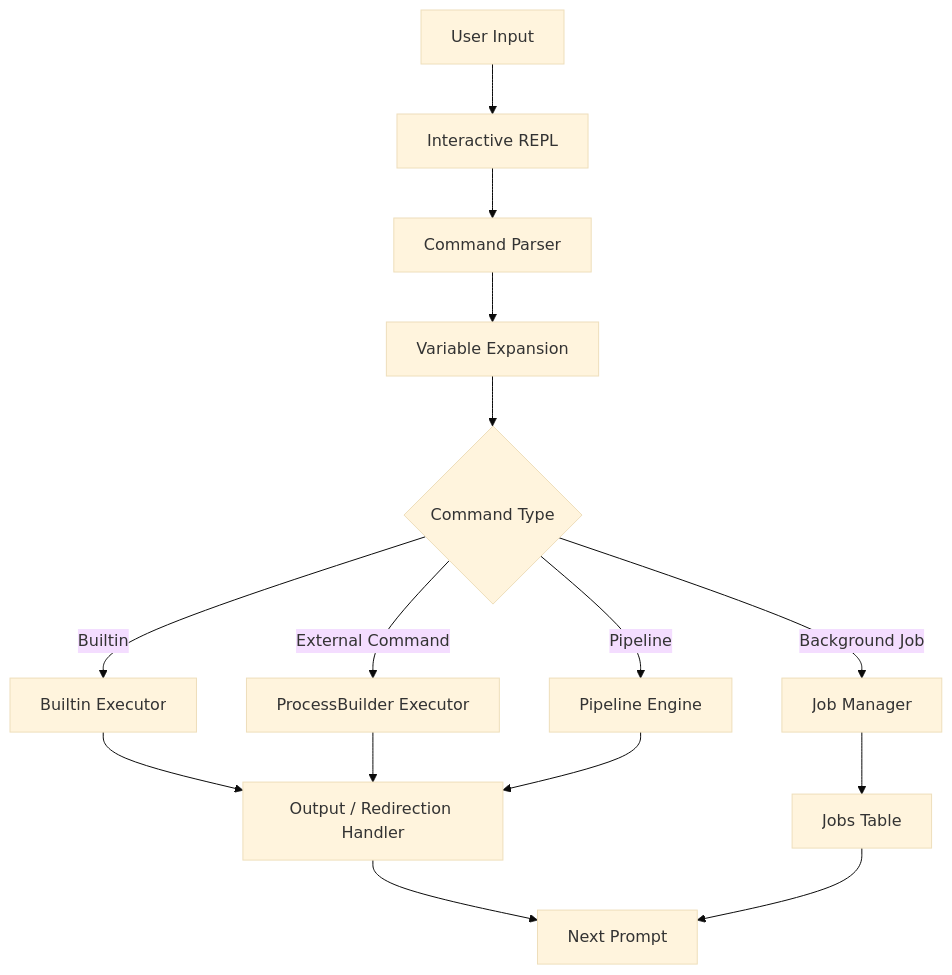
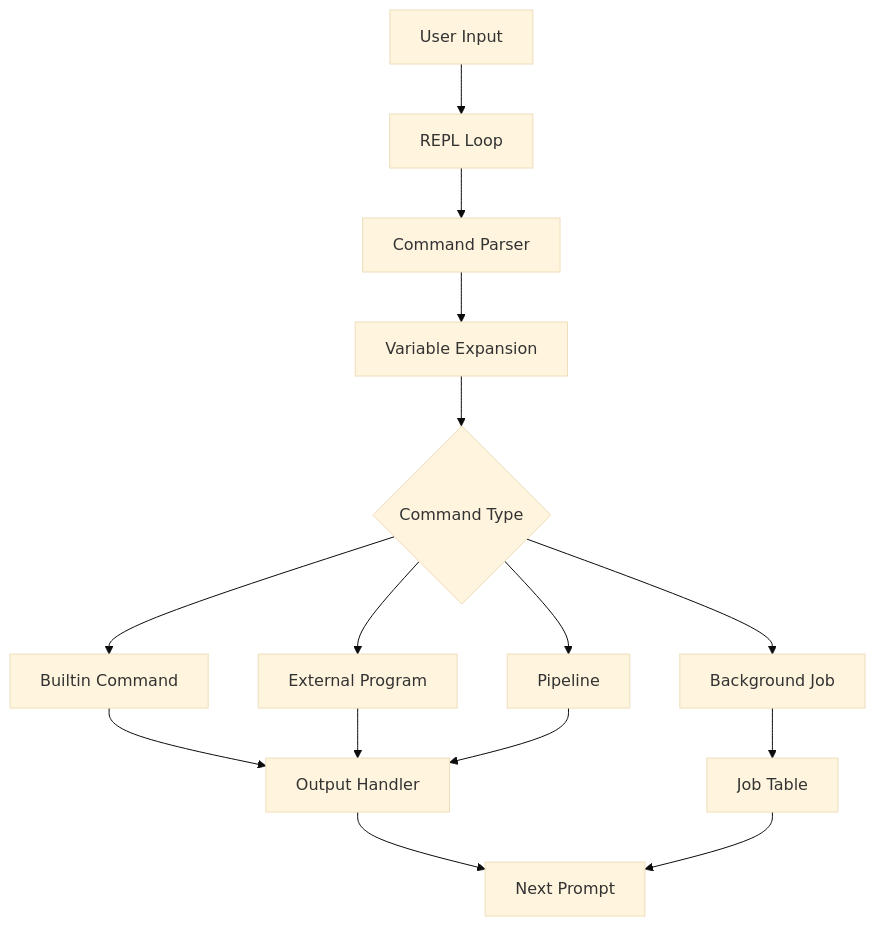
Before and after one commit to ItsSanskar8/OS-ShellProject: the first of 8 diagrams in README.md, drawn with Mermaid (base theme). The commit also changed other lines of this file, not shown here.

````diff
--- a/README.md
+++ b/README.md
@@ -15,21 +69,20 @@
 ```mermaid
 flowchart TD
-    A[User Input] --> B[Interactive REPL]
-    B --> C[Command Parser]
+    A["User Input"] --> B["REPL Loop"]
+    B --> C["Command Parser"]
+    C --> D["Variable Expansion"]
+    D --> E{"Command Type"}
 
-    C --> D[Variable Expansion]
-    D --> E{Command Type}
+    E --> F["Builtin Command"]
+    E --> G["External Program"]
+    E --> H["Pipeline"]
+    E --> I["Background Job"]
 
-    E -->|Builtin| F[Builtin Executor]
-    E -->|External Command| G[ProcessBuilder Executor]
-    E -->|Pipeline| H[Pipeline Engine]
-    E -->|Background Job| I[Job Manager]
-
-    F --> J[Output / Redirection Handler]
+    F --> J["Output Handler"]
     G --> J
     H --> J
-    I --> K[Jobs Table]
+    I --> K["Job Table"]
 
-    J --> L[Next Prompt]
+    J --> L["Next Prompt"]
     K --> L
 ```
````
